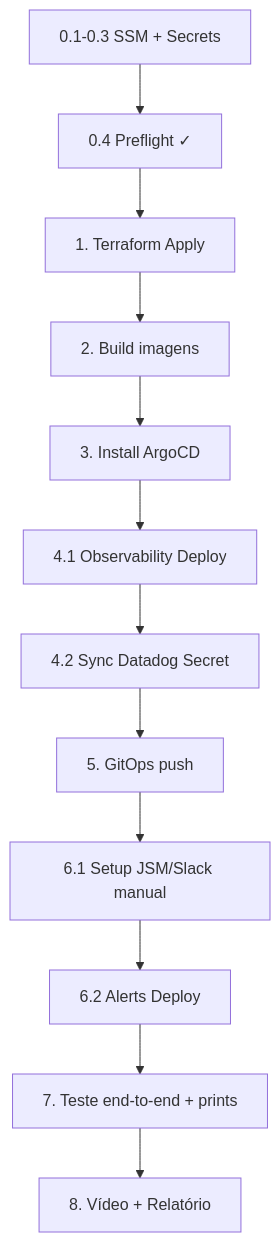
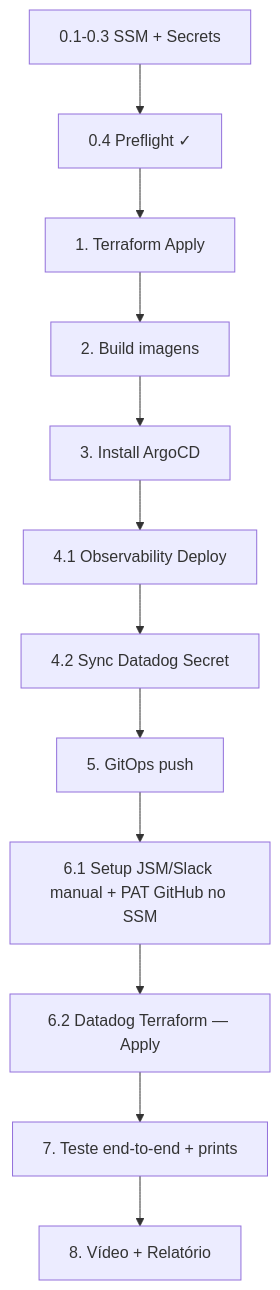
One commit to tech-tm/togglemaster-deploy changed the diagram in DEPLOY.md. Above: the diagram before and after it, drawn with Mermaid. The commit also changed other lines of this file and 1 other file, not shown here.

Commit message:
docs: ajustes finais pos-migracao Datadog -> Terraform
Reflete que a migracao Datadog -> Terraform integra a entrega da
Fase 4 (nao e otimizacao pos-video), atualizando referencias que
ainda apontavam pro workflow legado:

- DEPLOY.md fluxograma mermaid: '6.2 Alerts Deploy' ->
  '6.2 Datadog Terraform — Apply'; item 6.1 ganha menção do
  PAT GitHub no SSM como pre-requisito
- DEPLOY.md lista 'Persiste automaticamente': 'Monitor do Datadog
  — Alerts Deploy' -> 'Monitor do Datadog + webhook de self-healing
  — Datadog Terraform — Apply (camada terraform/)'
- TROUBLESHOOTING.md secao #9 (403): aponta pro workflow novo
  'Datadog Terraform — Apply', inclui cross-ref para secao #20
  (confusao App Key vs Personal Access Token), ajusta o menu
  do Datadog UI (Personal Settings -> Application Keys) e aplica
  --profile aws_fiap no comando AWS CLI

````diff
--- a/DEPLOY.md
+++ b/DEPLOY.md
@@ -627,14 +627,14 @@
 ```mermaid
 graph TD
     A[0.1-0.3 SSM + Secrets] --> B[0.4 Preflight ✓]
     B --> C[1. Terraform Apply]
     C --> D[2. Build imagens]
     D --> E[3. Install ArgoCD]
     E --> F[4.1 Observability Deploy]
     F --> G[4.2 Sync Datadog Secret]
     G --> H[5. GitOps push]
-    H --> I[6.1 Setup JSM/Slack manual]
-    I --> J[6.2 Alerts Deploy]
+    H --> I[6.1 Setup JSM/Slack manual + PAT GitHub no SSM]
+    I --> J[6.2 Datadog Terraform — Apply]
     J --> K[7. Teste end-to-end + prints]
     K --> L[8. Vídeo + Relatório]
 ```
````
